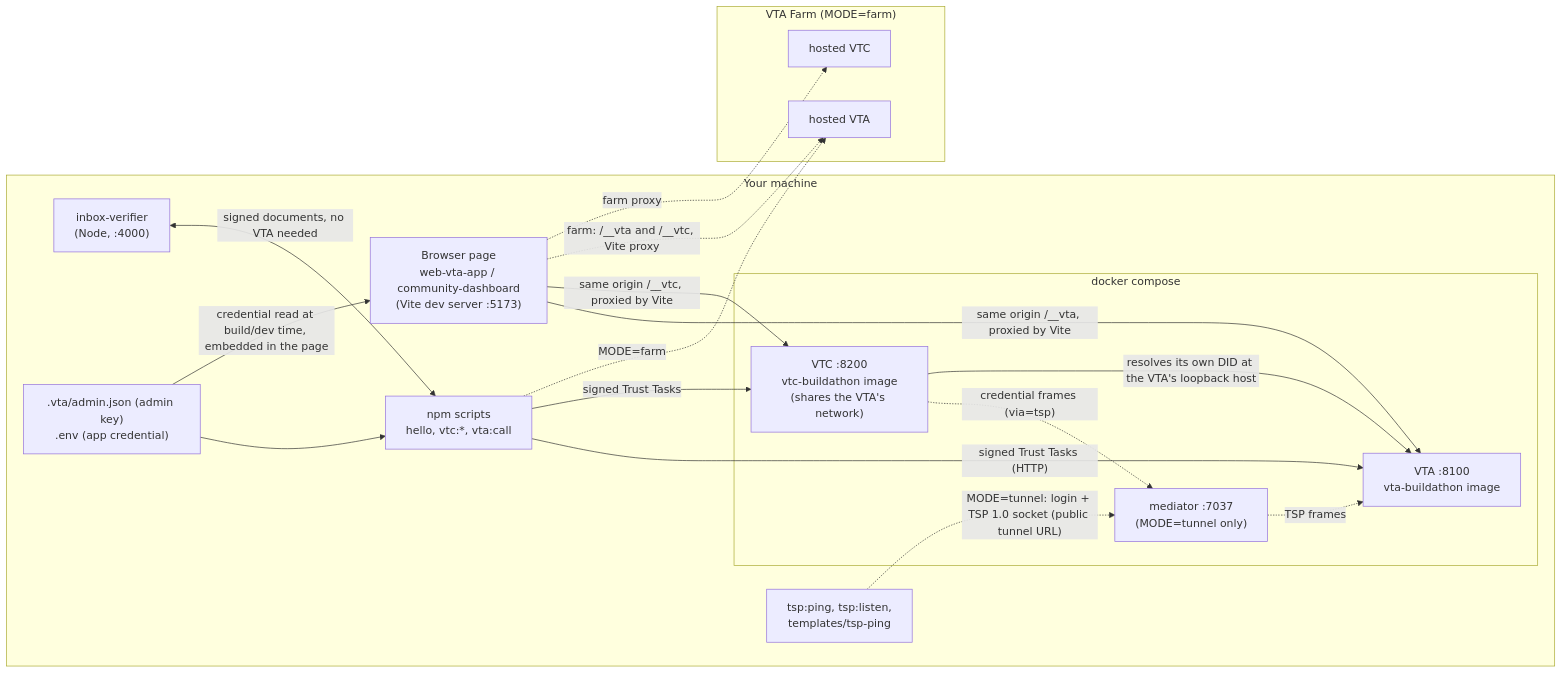
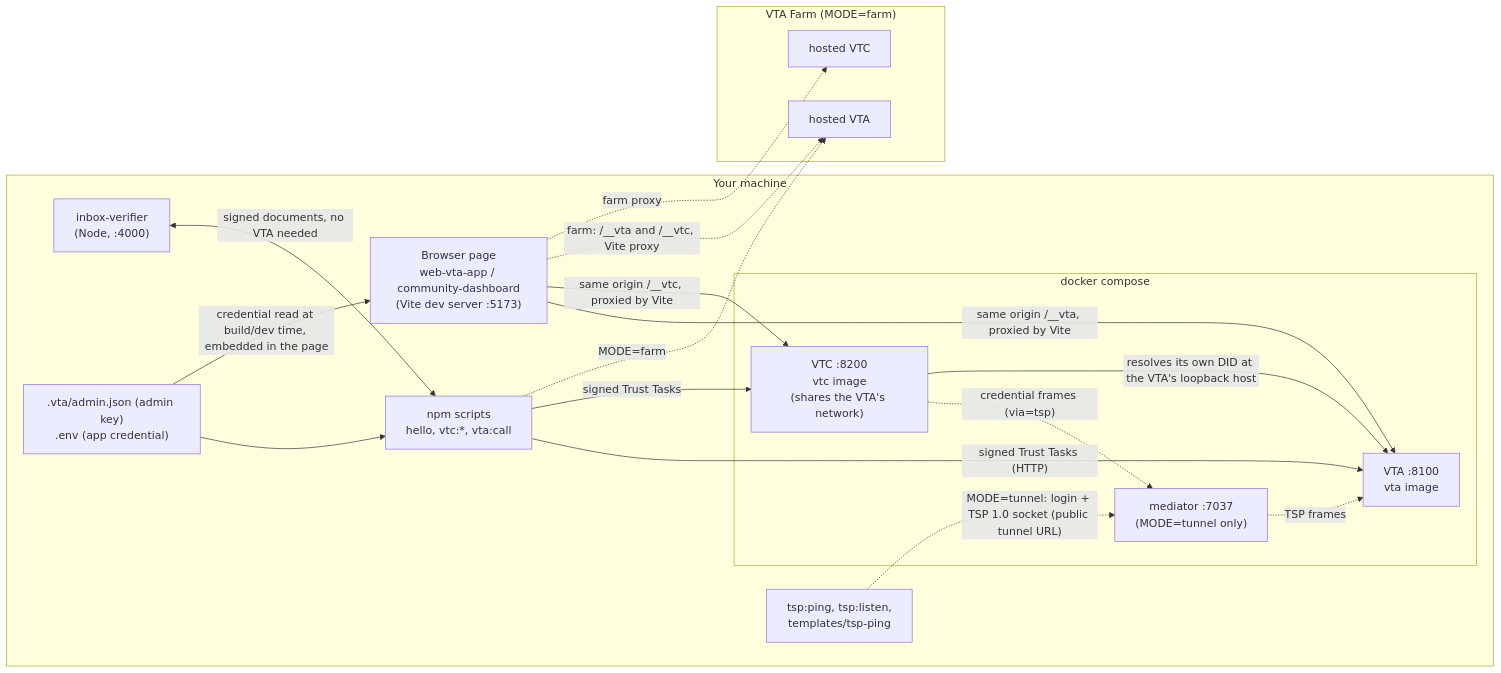
The diagram in docs/ARCHITECTURE.md (bmiller59/openvti-starter), drawn with Mermaid before and after one commit. The commit also changed 23 other files, not shown here.

First line of the commit message:
Rename the images to vta, vtc and mediator

````diff
--- a/docs/ARCHITECTURE.md
+++ b/docs/ARCHITECTURE.md
@@ -27,33 +27,33 @@
 ```mermaid
 flowchart LR
   subgraph You["Your machine"]
     CLI["npm scripts<br/>hello, vtc:*, vta:call"]
     NODE["inbox-verifier<br/>(Node, :4000)"]
     BROWSER["Browser page<br/>web-vta-app / community-dashboard<br/>(Vite dev server :5173)"]
     subgraph DOCKER["docker compose"]
-      VTA["VTA :8100<br/>vta-buildathon image"]
-      VTC["VTC :8200<br/>vtc-buildathon image<br/>(shares the VTA's network)"]
+      VTA["VTA :8100<br/>vta image"]
+      VTC["VTC :8200<br/>vtc image<br/>(shares the VTA's network)"]
       MED["mediator :7037<br/>(MODE=tunnel only)"]
     end
     TSP["tsp:ping, tsp:listen,<br/>templates/tsp-ping"]
     FILES[".vta/admin.json (admin key)<br/>.env (app credential)"]
   end
   subgraph FARM["VTA Farm (MODE=farm)"]
     FVTA["hosted VTA"]
     FVTC["hosted VTC"]
   end
   CLI -->|"signed Trust Tasks (HTTP)"| VTA
   CLI -->|"signed Trust Tasks"| VTC
   BROWSER -->|"same origin /__vta, proxied by Vite"| VTA
   BROWSER -->|"same origin /__vtc, proxied by Vite"| VTC
   BROWSER -. "farm: /__vta and /__vtc, Vite proxy" .-> FVTA
   BROWSER -. "farm proxy" .-> FVTC
   CLI -. "MODE=farm" .-> FVTA
   TSP -. "MODE=tunnel: login + TSP 1.0 socket (public tunnel URL)" .-> MED
   MED -. "TSP frames" .-> VTA
   VTC -. "credential frames (via=tsp)" .-> MED
   VTC -->|"resolves its own DID at the VTA's loopback host"| VTA
   NODE <-->|"signed documents, no VTA needed"| CLI
   FILES --> CLI
   FILES -->|"credential read at build/dev time, embedded in the page"| BROWSER
 ```
````
